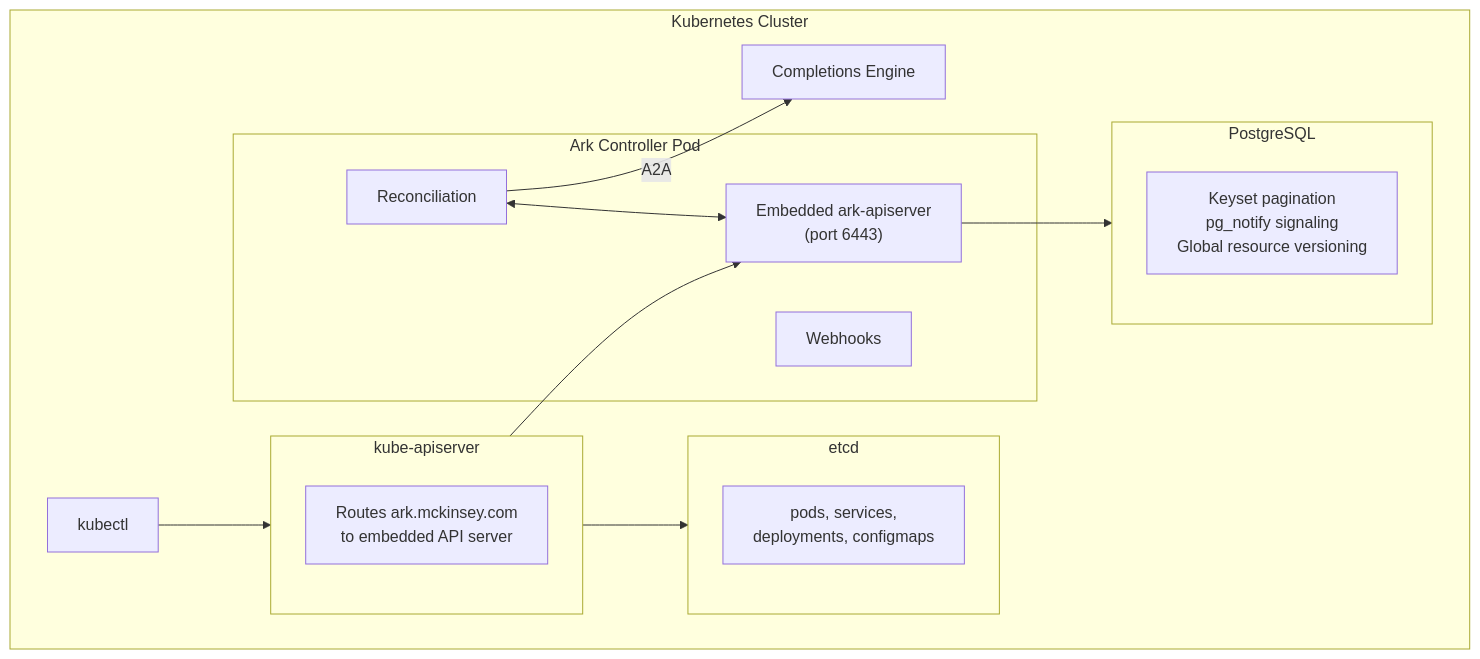
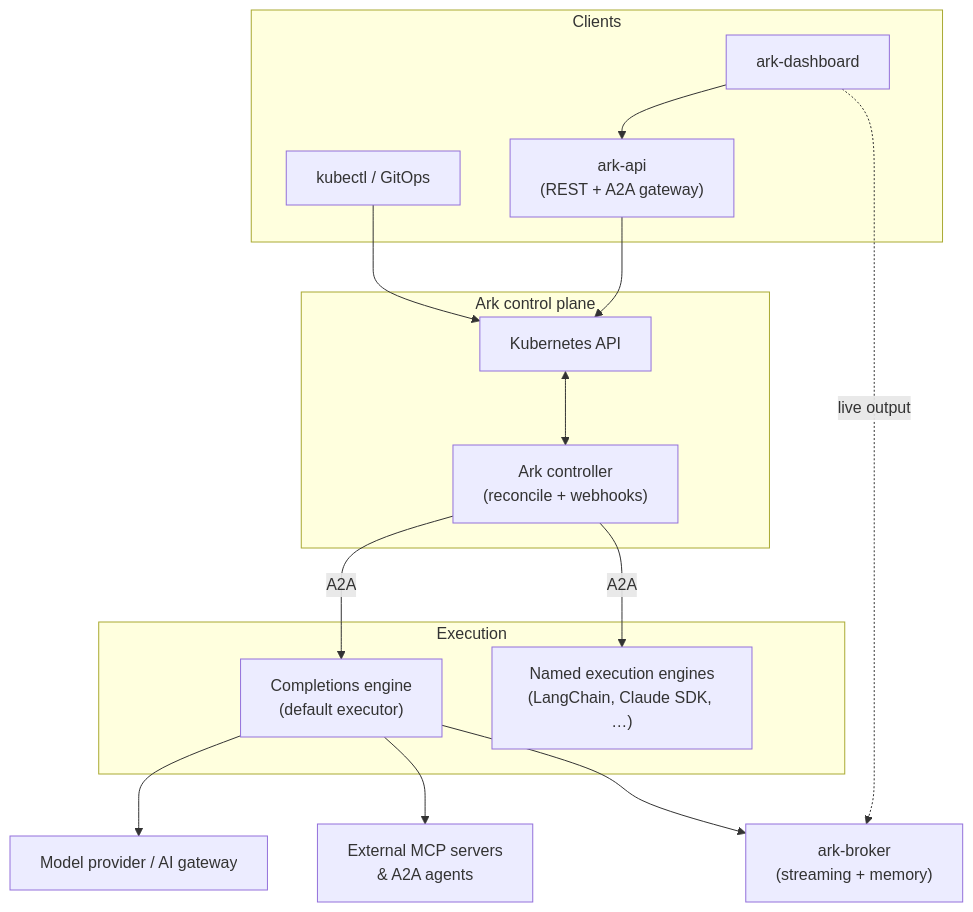
One commit to mckinsey/agents-at-scale-ark changed the diagram in docs/content/reference/core-architecture.mdx. Above: the diagram before and after it, drawn with Mermaid. The commit also changed other lines of this file and 2 other files, not shown here.

First line of the commit message:
docs: refocus Core Architecture; move query storage-flow to Query Execution

````diff
--- a/docs/content/reference/core-architecture.mdx
+++ b/docs/content/reference/core-architecture.mdx
@@ -203,33 +16,33 @@
 ```mermaid
 flowchart TB
-    subgraph cluster["Kubernetes Cluster"]
-        kubectl["kubectl"]
+    subgraph clients["Clients"]
+        kubectl["kubectl / GitOps"]
+        dashboard["ark-dashboard"]
+        api["ark-api<br/>(REST + A2A gateway)"]
+    end
 
-        subgraph apiserver["kube-apiserver"]
-            api_desc["Routes ark.mckinsey.com<br/>to embedded API server"]
-        end
+    subgraph plane["Ark control plane"]
+        kubeapi["Kubernetes API"]
+        controller["Ark controller<br/>(reconcile + webhooks)"]
+    end
 
-        subgraph controller["Ark Controller Pod"]
-            ctrl_reconcile["Reconciliation"]
-            ctrl_webhook["Webhooks"]
-            embedded_api["Embedded ark-apiserver<br/>(port 6443)"]
-        end
+    subgraph exec["Execution"]
+        completions["Completions engine<br/>(default executor)"]
+        engines["Named execution engines<br/>(LangChain, Claude SDK, …)"]
+    end
 
-        completions["Completions Engine"]
+    broker["ark-broker<br/>(streaming + memory)"]
+    model["Model provider / AI gateway"]
+    external["External MCP servers<br/>& A2A agents"]
 
-        subgraph etcd_box["etcd"]
-            etcd_k8s["pods, services,<br/>deployments, configmaps"]
-        end
-
-        subgraph postgres["PostgreSQL"]
-            pg_features["Keyset pagination<br/>pg_notify signaling<br/>Global resource versioning"]
-        end
-
-        kubectl --> apiserver
-        apiserver --> etcd_box
-        apiserver --> embedded_api
-        embedded_api --> postgres
-        ctrl_reconcile <--> embedded_api
-        ctrl_reconcile -- "A2A" --> completions
-    end
+    dashboard --> api
+    kubectl --> kubeapi
+    api --> kubeapi
+    kubeapi <--> controller
+    controller -- "A2A" --> completions
+    controller -- "A2A" --> engines
+    completions --> model
+    completions --> external
+    completions --> broker
+    dashboard -. "live output" .-> broker
 ```
````
